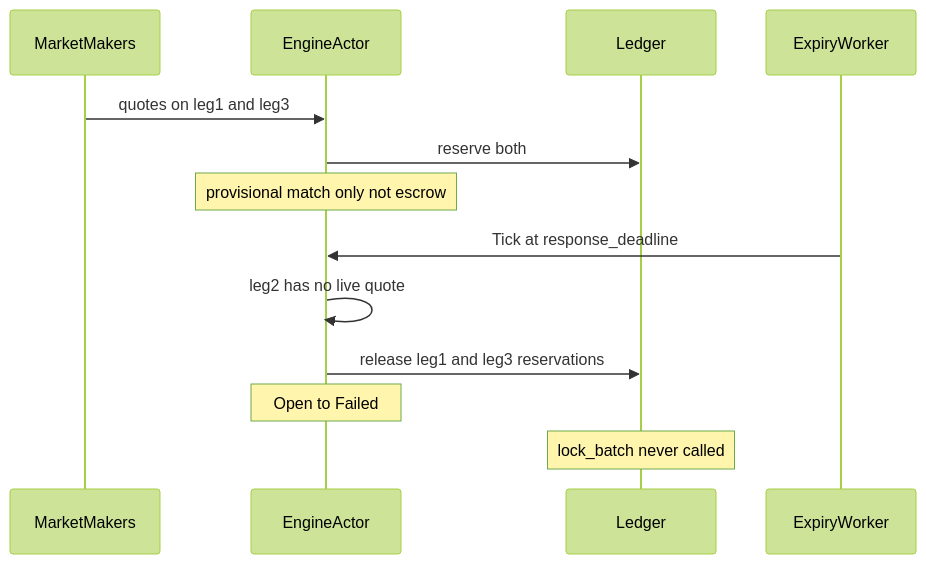
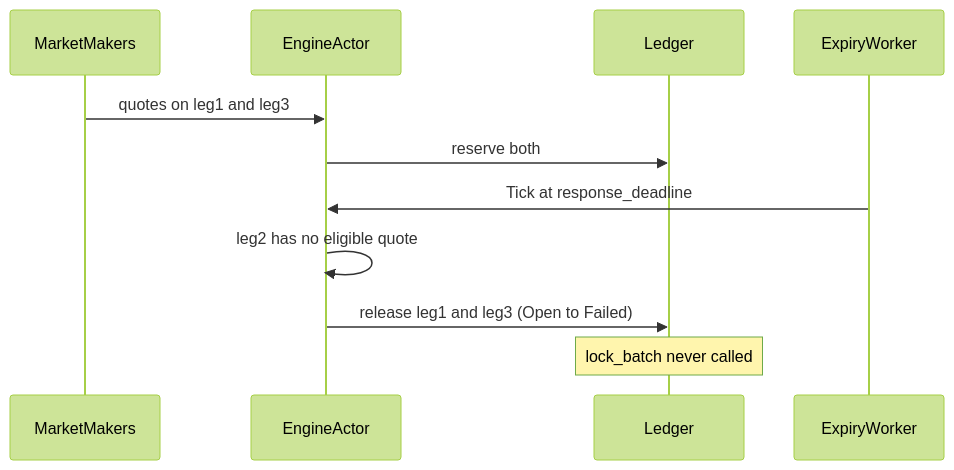
Before and after one commit to SwineCoder101/rfq-matching-settlement-engine: the fourth of 7 diagrams in docs/ARCHITECTURE.md, drawn with Mermaid (forest theme). The commit also changed other lines of this file and 41 other files, not shown here.

````diff
--- a/docs/ARCHITECTURE.md
+++ b/docs/ARCHITECTURE.md
@@ -141,17 +92,14 @@
 ```mermaid
 sequenceDiagram
     participant MM as MarketMakers
     participant Eng as EngineActor
     participant Led as Ledger
     participant Tick as ExpiryWorker
 
     MM->>Eng: quotes on leg1 and leg3
     Eng->>Led: reserve both
-    Note over Eng: provisional match only not escrow
-
     Tick->>Eng: Tick at response_deadline
-    Eng->>Eng: leg2 has no live quote
-    Eng->>Led: release leg1 and leg3 reservations
-    Note over Eng: Open to Failed
+    Eng->>Eng: leg2 has no eligible quote
+    Eng->>Led: release leg1 and leg3 (Open to Failed)
     Note over Led: lock_batch never called
 ```
````
